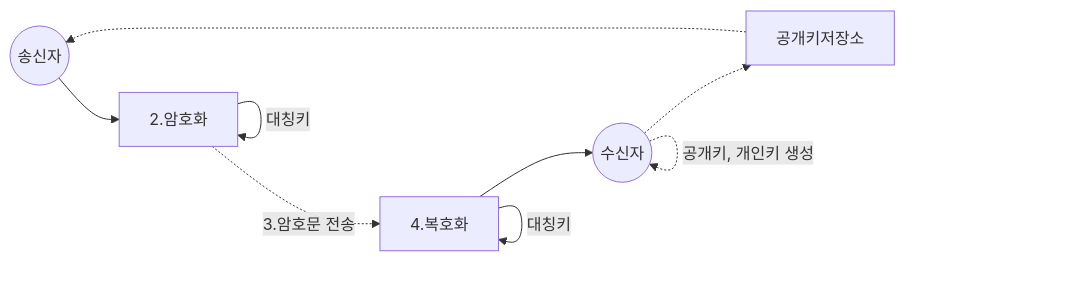
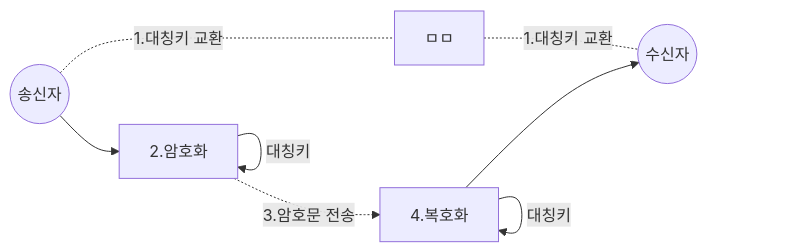
The second of 3 diagrams in _posts/develop/network/2019-02-12-TLS.md (1sonjm/1sonjm.github.io), drawn with Mermaid before and after one commit. The commit also changed other lines of this file, not shown here.

````diff
--- a/_posts/develop/network/2019-02-12-TLS.md
+++ b/_posts/develop/network/2019-02-12-TLS.md
@@ -34,13 +34,12 @@
 ```mermaid
 graph LR
 	sender((송신자))
 	reciver((수신자))
-	reciver-.->|공개키, 개인키 생성|reciver
-	reciver-.->공개키저장소
-	공개키저장소-.->sender
+	sender-.-|1.대칭키 교환|ㅁㅁ
+	ㅁㅁ-.-|1.대칭키 교환|reciver
 	sender-->2.암호화
 	2.암호화-->|대칭키|2.암호화
 	2.암호화-.->|3.암호문 전송|4.복호화
 	4.복호화-->|대칭키|4.복호화
 	4.복호화-->reciver
 ```
````
